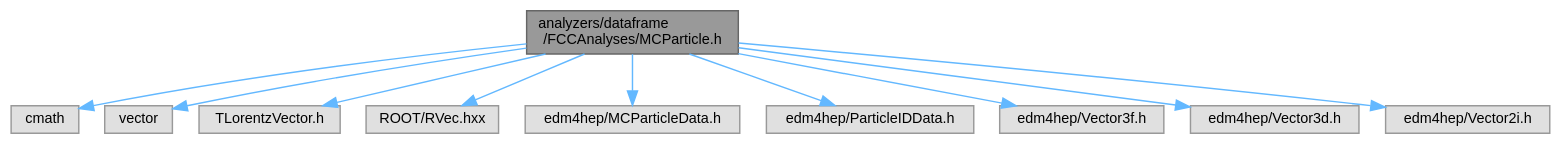
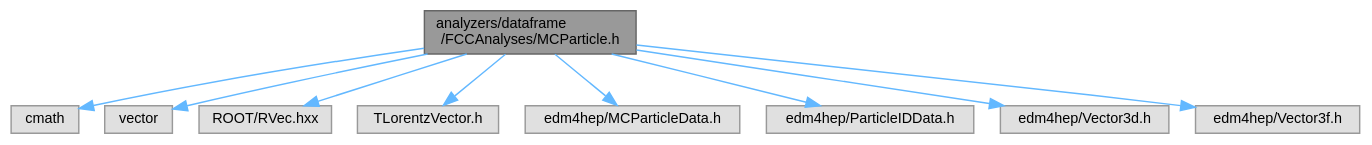
The diagram in doc/latest/MCParticle_8h__incl.dot (FCC-LLP/FCCAnalyses), drawn with Graphviz before and after one commit. The commit also changed 58 other files, not shown here.

```diff
--- a/doc/latest/MCParticle_8h__incl.dot
+++ b/doc/latest/MCParticle_8h__incl.dot
@@ -1,26 +1,24 @@
 digraph "analyzers/dataframe/FCCAnalyses/MCParticle.h"
 {
  // LATEX_PDF_SIZE
   bgcolor="transparent";
   edge [fontname=Helvetica,fontsize=10,labelfontname=Helvetica,labelfontsize=10];
   node [fontname=Helvetica,fontsize=10,shape=box,height=0.2,width=0.4];
   Node1 [id="Node000001",label="analyzers/dataframe\l/FCCAnalyses/MCParticle.h",height=0.2,width=0.4,color="gray40", fillcolor="grey60", style="filled", fontcolor="black",tooltip=" "];
   Node1 -> Node2 [id="edge1_Node000001_Node000002",color="steelblue1",style="solid",tooltip=" "];
   Node2 [id="Node000002",label="cmath",height=0.2,width=0.4,color="grey60", fillcolor="#E0E0E0", style="filled",tooltip=" "];
   Node1 -> Node3 [id="edge2_Node000001_Node000003",color="steelblue1",style="solid",tooltip=" "];
   Node3 [id="Node000003",label="vector",height=0.2,width=0.4,color="grey60", fillcolor="#E0E0E0", style="filled",tooltip=" "];
   Node1 -> Node4 [id="edge3_Node000001_Node000004",color="steelblue1",style="solid",tooltip=" "];
-  Node4 [id="Node000004",label="TLorentzVector.h",height=0.2,width=0.4,color="grey60", fillcolor="#E0E0E0", style="filled",tooltip=" "];
+  Node4 [id="Node000004",label="ROOT/RVec.hxx",height=0.2,width=0.4,color="grey60", fillcolor="#E0E0E0", style="filled",tooltip=" "];
   Node1 -> Node5 [id="edge4_Node000001_Node000005",color="steelblue1",style="solid",tooltip=" "];
-  Node5 [id="Node000005",label="ROOT/RVec.hxx",height=0.2,width=0.4,color="grey60", fillcolor="#E0E0E0", style="filled",tooltip=" "];
+  Node5 [id="Node000005",label="TLorentzVector.h",height=0.2,width=0.4,color="grey60", fillcolor="#E0E0E0", style="filled",tooltip=" "];
   Node1 -> Node6 [id="edge5_Node000001_Node000006",color="steelblue1",style="solid",tooltip=" "];
   Node6 [id="Node000006",label="edm4hep/MCParticleData.h",height=0.2,width=0.4,color="grey60", fillcolor="#E0E0E0", style="filled",tooltip=" "];
   Node1 -> Node7 [id="edge6_Node000001_Node000007",color="steelblue1",style="solid",tooltip=" "];
   Node7 [id="Node000007",label="edm4hep/ParticleIDData.h",height=0.2,width=0.4,color="grey60", fillcolor="#E0E0E0", style="filled",tooltip=" "];
   Node1 -> Node8 [id="edge7_Node000001_Node000008",color="steelblue1",style="solid",tooltip=" "];
-  Node8 [id="Node000008",label="edm4hep/Vector3f.h",height=0.2,width=0.4,color="grey60", fillcolor="#E0E0E0", style="filled",tooltip=" "];
+  Node8 [id="Node000008",label="edm4hep/Vector3d.h",height=0.2,width=0.4,color="grey60", fillcolor="#E0E0E0", style="filled",tooltip=" "];
   Node1 -> Node9 [id="edge8_Node000001_Node000009",color="steelblue1",style="solid",tooltip=" "];
-  Node9 [id="Node000009",label="edm4hep/Vector3d.h",height=0.2,width=0.4,color="grey60", fillcolor="#E0E0E0", style="filled",tooltip=" "];
-  Node1 -> Node10 [id="edge9_Node000001_Node000010",color="steelblue1",style="solid",tooltip=" "];
-  Node10 [id="Node000010",label="edm4hep/Vector2i.h",height=0.2,width=0.4,color="grey60", fillcolor="#E0E0E0", style="filled",tooltip=" "];
+  Node9 [id="Node000009",label="edm4hep/Vector3f.h",height=0.2,width=0.4,color="grey60", fillcolor="#E0E0E0", style="filled",tooltip=" "];
 }
```
